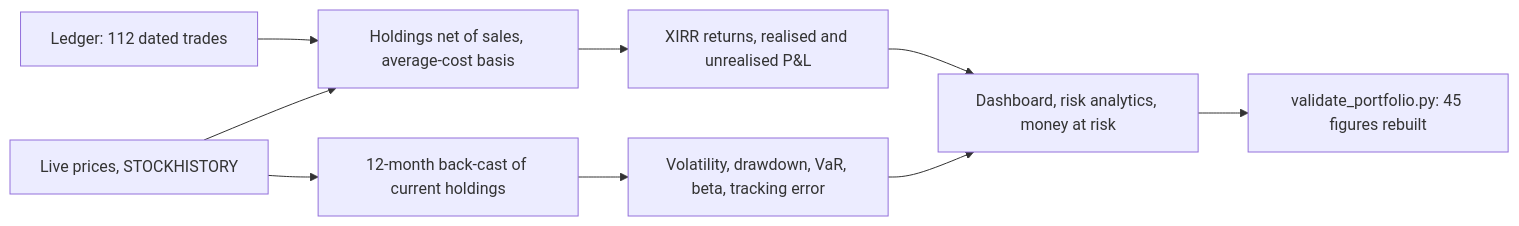
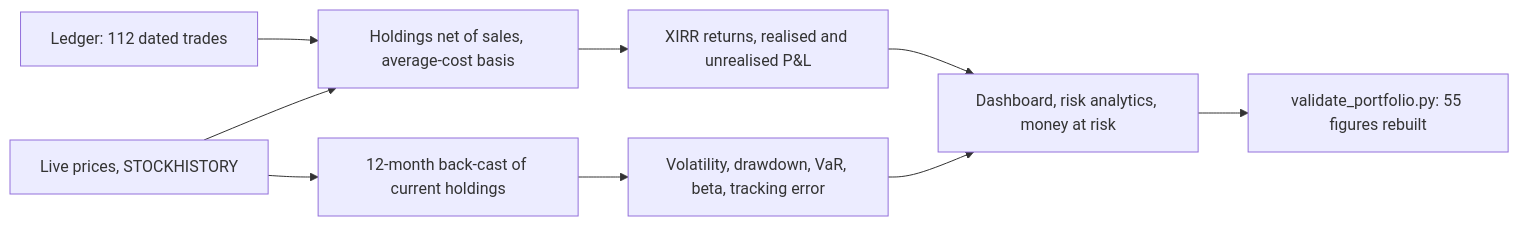
One commit to alvenyuka/Stock-Portfolio-Tracker-Analytics-Engine changed the diagram in README.md. Above: the diagram before and after it, drawn with Mermaid. The commit also changed other lines of this file and 8 other files, not shown here.

````diff
--- a/README.md
+++ b/README.md
@@ -51,11 +53,11 @@
 ```mermaid
 flowchart LR
     A[Ledger: 112 dated trades] --> B[Holdings net of sales, average-cost basis]
     C[Live prices, STOCKHISTORY] --> B
     B --> D[XIRR returns, realised and unrealised P&L]
     C --> E[12-month back-cast of current holdings]
     E --> F[Volatility, drawdown, VaR, beta, tracking error]
     D --> G[Dashboard, risk analytics, money at risk]
     F --> G
-    G --> H[validate_portfolio.py: 45 figures rebuilt]
+    G --> H[validate_portfolio.py: 55 figures rebuilt]
 ```
````
